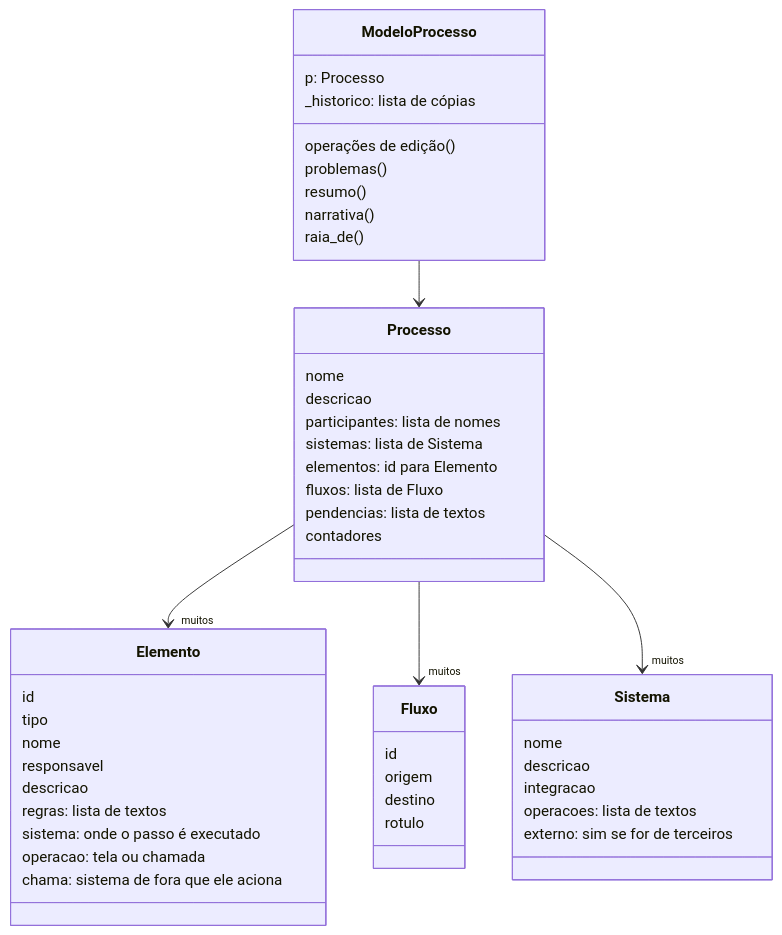
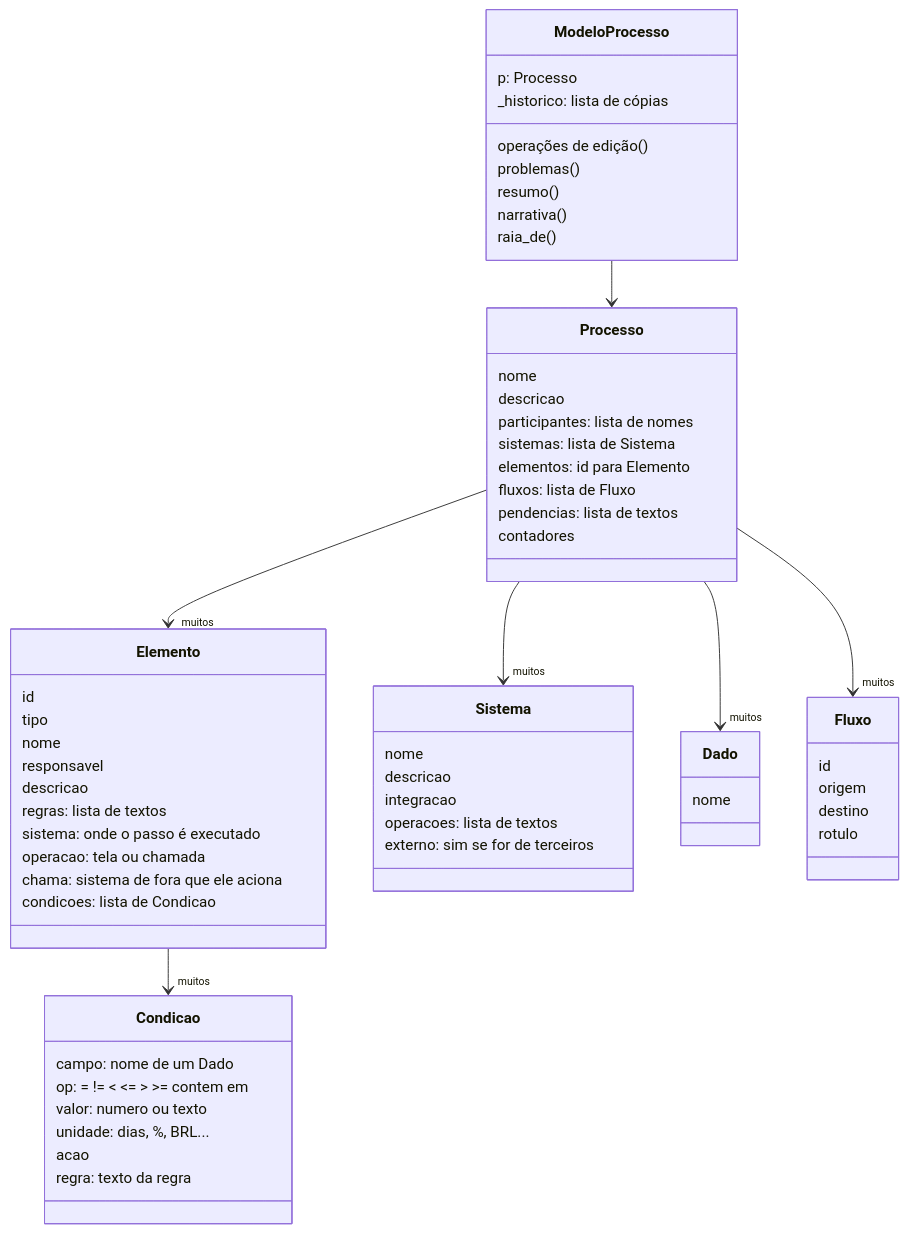
One commit to arthurparahyba/bpmn-agent changed the second of 4 diagrams in docs/pecas/modelo.md. Above: the diagram before and after it, drawn with Mermaid. The commit also changed other lines of this file and 14 other files, not shown here.

Commit message:
Condicao estruturada com unidade e catalogo de dados; aviso de volta para dentro de paralelo; desenho: desvio de elementos, rotulos sem sobreposicao, cores por sistema de terceiros

````diff
--- a/docs/pecas/modelo.md
+++ b/docs/pecas/modelo.md
@@ -52,50 +52,64 @@
 ```mermaid
 classDiagram
     class ModeloProcesso {
         p: Processo
         _historico: lista de cópias
         operações de edição()
         problemas()
         resumo()
         narrativa()
         raia_de()
     }
     class Processo {
         nome
         descricao
         participantes: lista de nomes
         sistemas: lista de Sistema
         elementos: id para Elemento
         fluxos: lista de Fluxo
         pendencias: lista de textos
         contadores
     }
     class Elemento {
         id
         tipo
         nome
         responsavel
         descricao
         regras: lista de textos
         sistema: onde o passo é executado
         operacao: tela ou chamada
         chama: sistema de fora que ele aciona
+        condicoes: lista de Condicao
     }
     class Sistema {
         nome
         descricao
         integracao
         operacoes: lista de textos
         externo: sim se for de terceiros
+    }
+    class Condicao {
+        campo: nome de um Dado
+        op: = != < <= > >= contem em
+        valor: numero ou texto
+        unidade: dias, %, BRL...
+        acao
+        regra: texto da regra
+    }
+    class Dado {
+        nome
     }
     class Fluxo {
         id
         origem
         destino
         rotulo
     }
     ModeloProcesso --> Processo
     Processo --> "muitos" Elemento
     Processo --> "muitos" Fluxo
     Processo --> "muitos" Sistema
+    Processo --> "muitos" Dado
+    Elemento --> "muitos" Condicao
 ```
````
